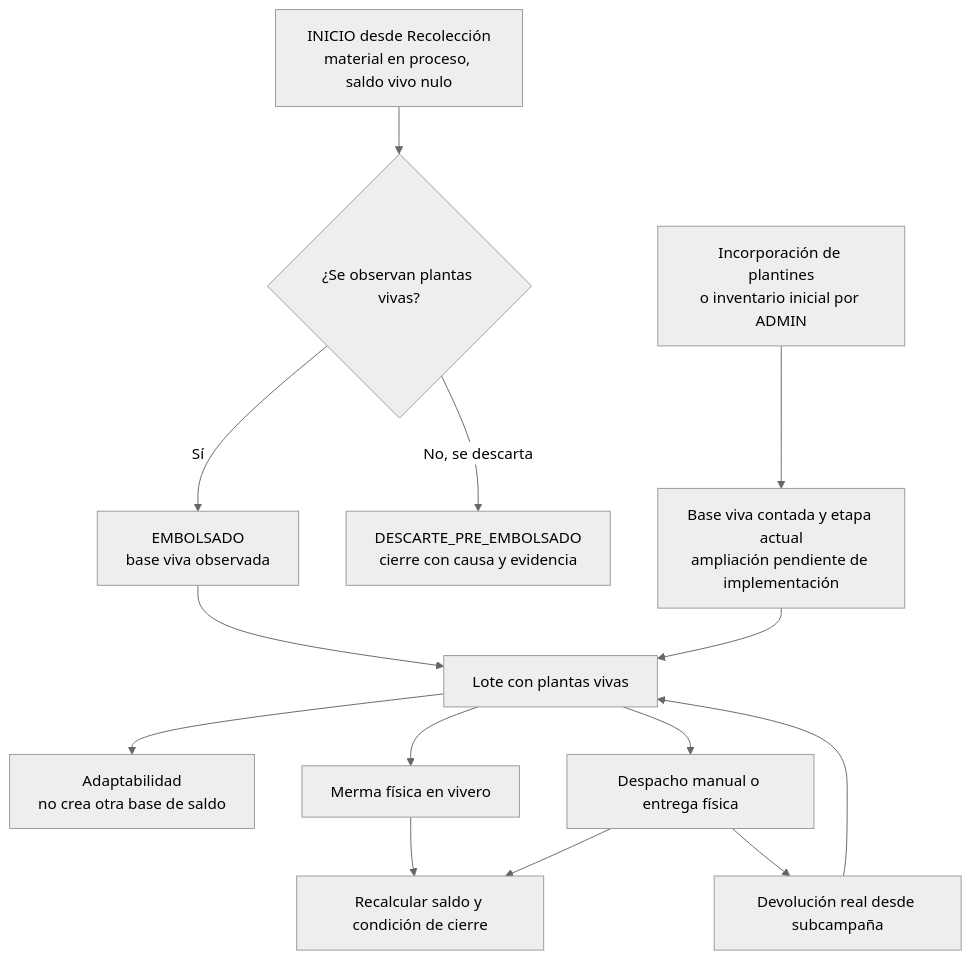
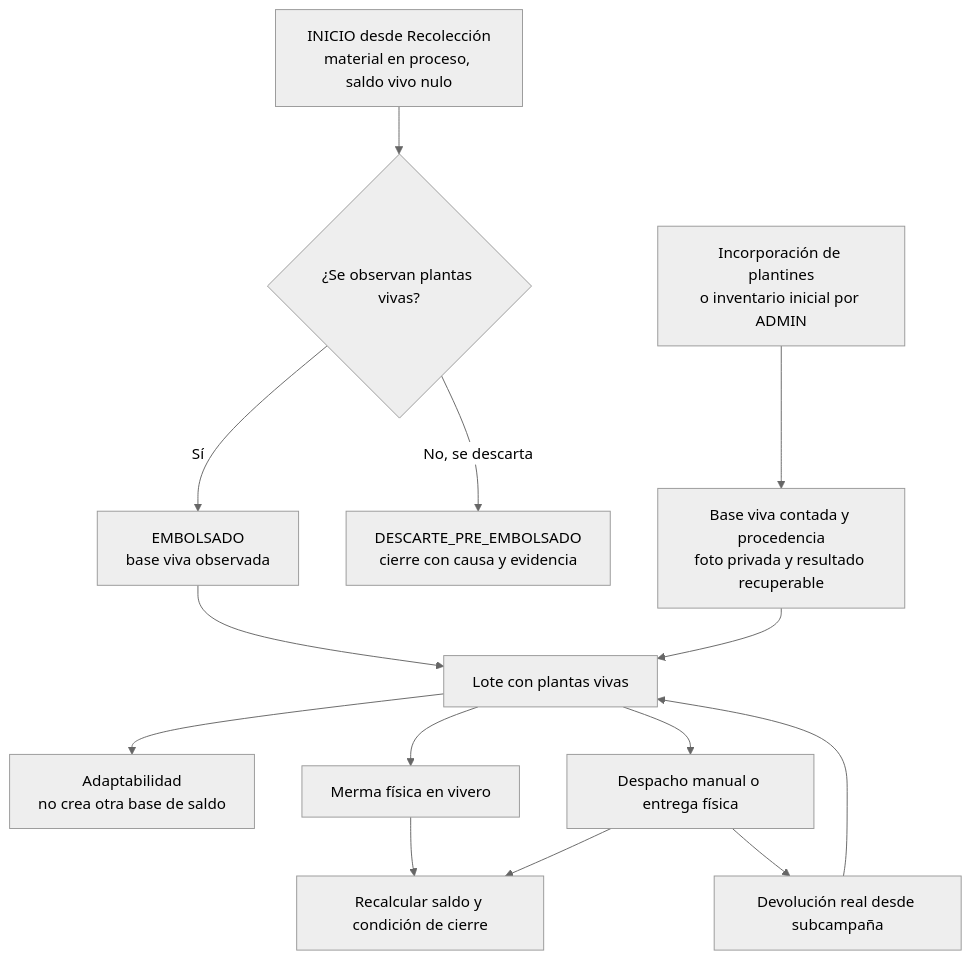
One commit to R3foresta/r3foresta-docs changed the eighth of 18 diagrams in documentacion-grado/06_entregables/proyecto_grado/03_2_fase_elaboracion.md. Above: the diagram before and after it, drawn with Mermaid (neutral theme). The commit also changed other lines of this file and 672 other files, not shown here.

````diff
--- a/documentacion-grado/06_entregables/proyecto_grado/03_2_fase_elaboracion.md
+++ b/documentacion-grado/06_entregables/proyecto_grado/03_2_fase_elaboracion.md
@@ -455,16 +485,16 @@
 ```mermaid
-flowchart TD
+flowchart TB
     I["INICIO desde Recolección<br/>material en proceso, saldo vivo nulo"] --> R{"¿Se observan plantas vivas?"}
     R -->|"Sí"| E["EMBOLSADO<br/>base viva observada"]
     R -->|"No, se descarta"| D["DESCARTE_PRE_EMBOLSADO<br/>cierre con causa y evidencia"]
-    IN["Incorporación de plantines<br/>o inventario inicial por ADMIN"] --> B["Base viva contada y etapa actual<br/>ampliación pendiente de implementación"]
+    IN["Incorporación de plantines<br/>o inventario inicial por ADMIN"] --> B["Base viva contada y procedencia<br/>foto privada y resultado recuperable"]
     E --> L["Lote con plantas vivas"]
     B --> L
     L --> A["Adaptabilidad<br/>no crea otra base de saldo"]
     L --> M["Merma física en vivero"]
     L --> S["Despacho manual o entrega física"]
     S --> DEV["Devolución real desde subcampaña"]
     DEV --> L
     M --> C["Recalcular saldo y condición de cierre"]
     S --> C
 ```
````
